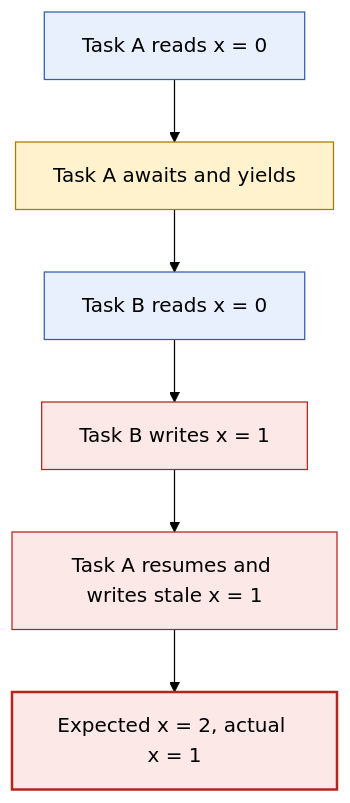
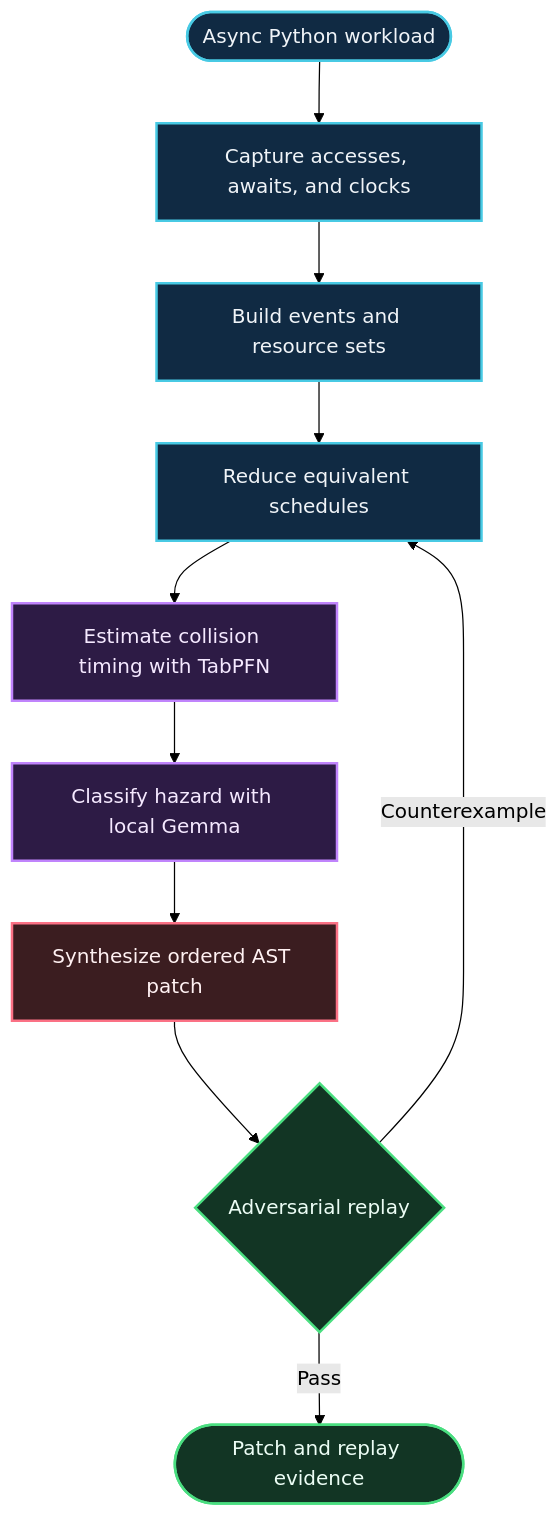
One commit to smtherer/ChaosSloth changed the first of 3 diagrams in README.md. Above: the diagram before and after it, drawn with Mermaid (forest theme). The commit also changed other lines of this file, not shown here.

Commit message:
chore(render): configure web service build and start commands

````diff
--- a/README.md
+++ b/README.md
@@ -27,14 +22,20 @@
 ```mermaid
 flowchart TD
-    A["Task A reads x = 0"] --> B["Task A awaits and yields"]
-    B --> C["Task B reads x = 0"]
-    C --> D["Task B writes x = 1"]
-    D --> E["Task A resumes and writes stale x = 1"]
-    E --> F["Expected x = 2, actual x = 1"]
-    style A fill:#e8f0fe,stroke:#315ea8
-    style B fill:#fff2cc,stroke:#a67c00
-    style C fill:#e8f0fe,stroke:#315ea8
-    style D fill:#fce8e6,stroke:#b3261e
-    style E fill:#fce8e6,stroke:#b3261e
-    style F fill:#fce8e6,stroke:#b3261e,stroke-width:2px
+    A([Async Python workload]) --> B[Capture accesses, awaits, and clocks]
+    B --> C[Build events and resource sets]
+    C --> D[Reduce equivalent schedules]
+    D --> E[Estimate collision timing with TabPFN]
+    E --> F[Classify hazard with local Gemma]
+    F --> G[Synthesize ordered AST patch]
+    G --> H{Adversarial replay}
+    H -->|Pass| I([Patch and replay evidence])
+    H -->|Counterexample| D
+    classDef capture fill:#102a43,color:#f0f4f8,stroke:#48cae4,stroke-width:2px
+    classDef infer fill:#2d1b45,color:#f5e9ff,stroke:#c084fc,stroke-width:2px
+    classDef patch fill:#3b1d20,color:#fff1f2,stroke:#fb7185,stroke-width:2px
+    classDef verify fill:#123524,color:#ecfdf5,stroke:#4ade80,stroke-width:2px
+    class A,B,C,D capture
+    class E,F infer
+    class G patch
+    class H,I verify
 ```
````
